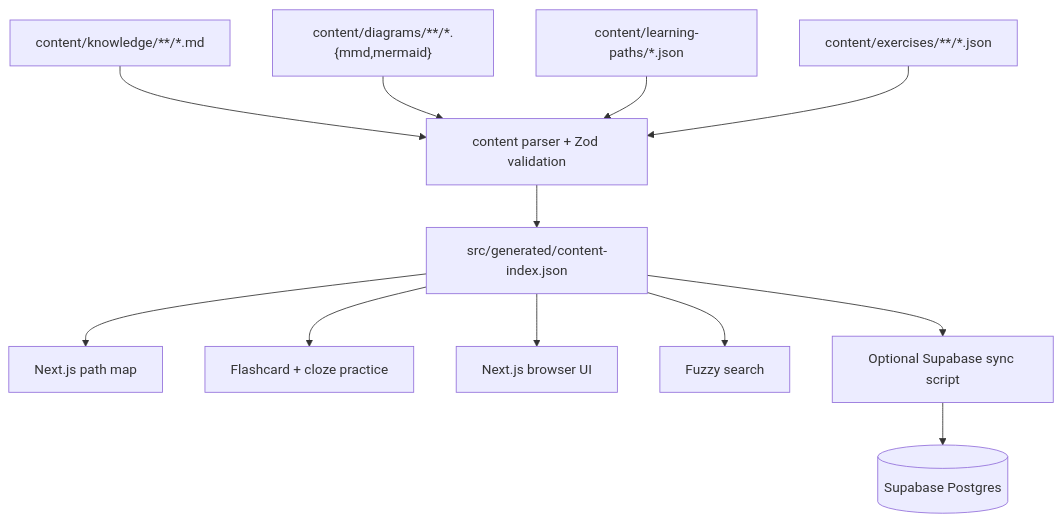
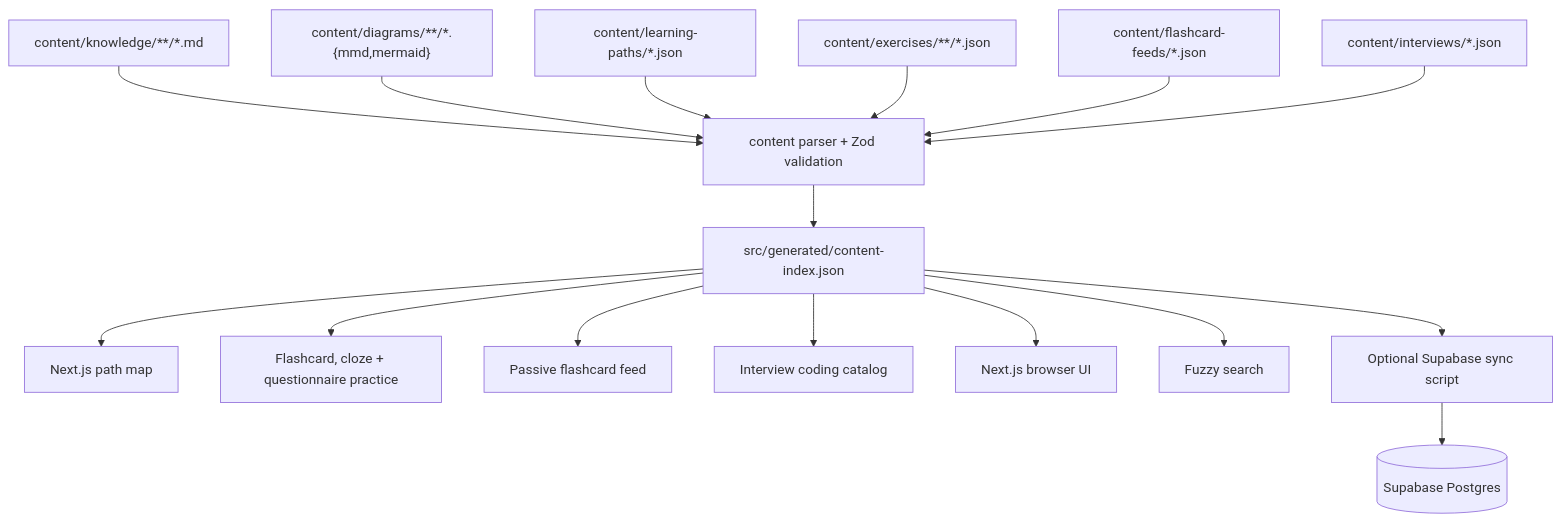
The diagram in docs/engineering-overview.md (dano-gutierrez/codematica), drawn with Mermaid before and after one commit. The commit also changed other lines of this file and 75 other files, not shown here.

Commit message:
Add interview prep catalog

````diff
--- a/docs/engineering-overview.md
+++ b/docs/engineering-overview.md
@@ -22,14 +22,18 @@
 ```mermaid
 flowchart TD
   MD["content/knowledge/**/*.md"] --> Parser["content parser + Zod validation"]
   MMD["content/diagrams/**/*.{mmd,mermaid}"] --> Parser
   PATHS["content/learning-paths/*.json"] --> Parser
   EX["content/exercises/**/*.json"] --> Parser
+  FEEDS["content/flashcard-feeds/*.json"] --> Parser
+  IV["content/interviews/*.json"] --> Parser
   Parser --> Index["src/generated/content-index.json"]
   Index --> Paths["Next.js path map"]
-  Index --> Practice["Flashcard + cloze practice"]
+  Index --> Practice["Flashcard, cloze + questionnaire practice"]
+  Index --> Passive["Passive flashcard feed"]
+  Index --> Interviews["Interview coding catalog"]
   Index --> Browser["Next.js browser UI"]
   Index --> Search["Fuzzy search"]
   Index --> Sync["Optional Supabase sync script"]
   Sync --> DB[("Supabase Postgres")]
 ```
````
